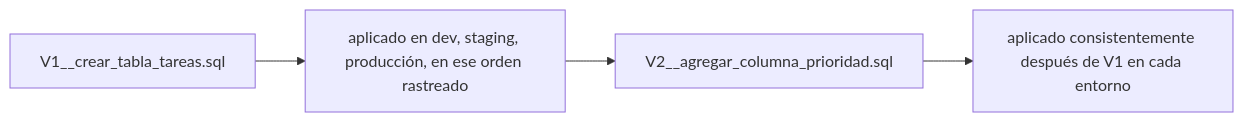
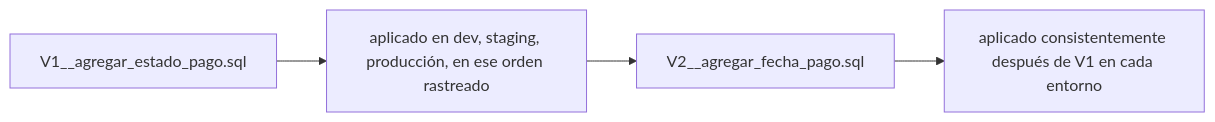
Before and after one commit to NICORUIZ93/The_Imperial_Book: the third of 3 diagrams in web/public/content/cloud/modulo-13.md, drawn with Mermaid. The commit also changed other lines of this file and 28 other files, not shown here.

````diff
--- a/web/public/content/cloud/modulo-13.md
+++ b/web/public/content/cloud/modulo-13.md
@@ -155,5 +155,5 @@
 ```mermaid
 flowchart LR
-    V1["V1__crear_tabla_tareas.sql"] --> D1["aplicado en dev, staging, producción, en ese orden rastreado"]
-    D1 --> V2["V2__agregar_columna_prioridad.sql"] --> D2["aplicado consistentemente después de V1 en cada entorno"]
+    V1["V1__agregar_estado_pago.sql"] --> D1["aplicado en dev, staging, producción, en ese orden rastreado"]
+    D1 --> V2["V2__agregar_fecha_pago.sql"] --> D2["aplicado consistentemente después de V1 en cada entorno"]
 ```
````
